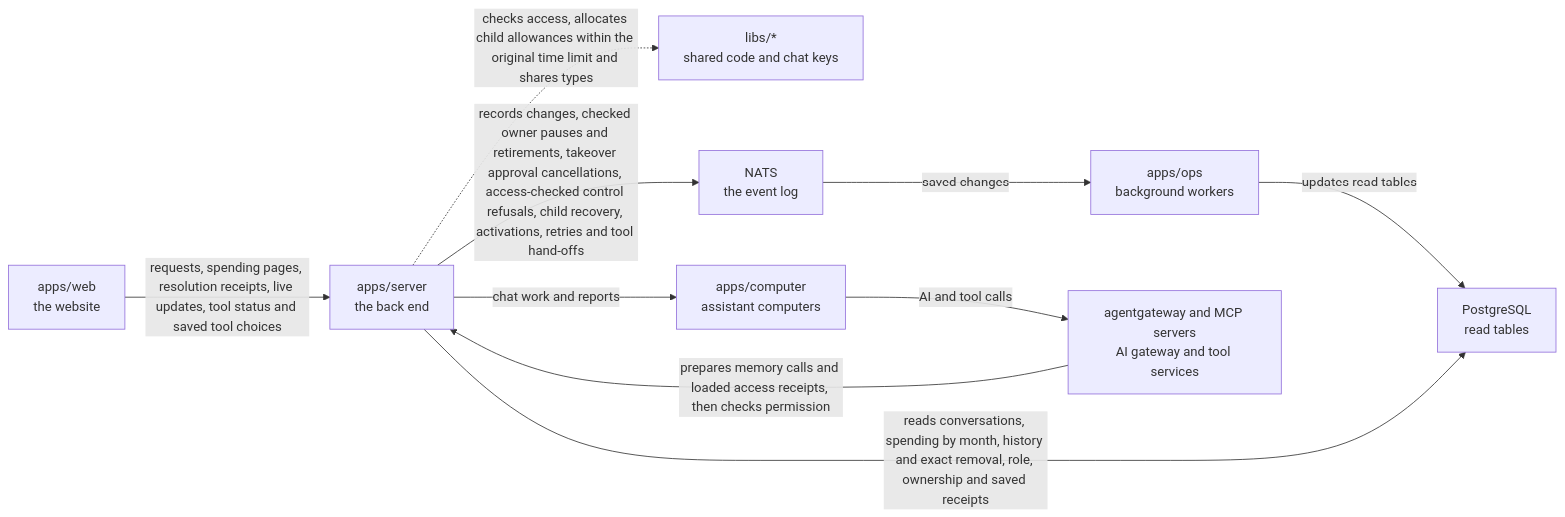
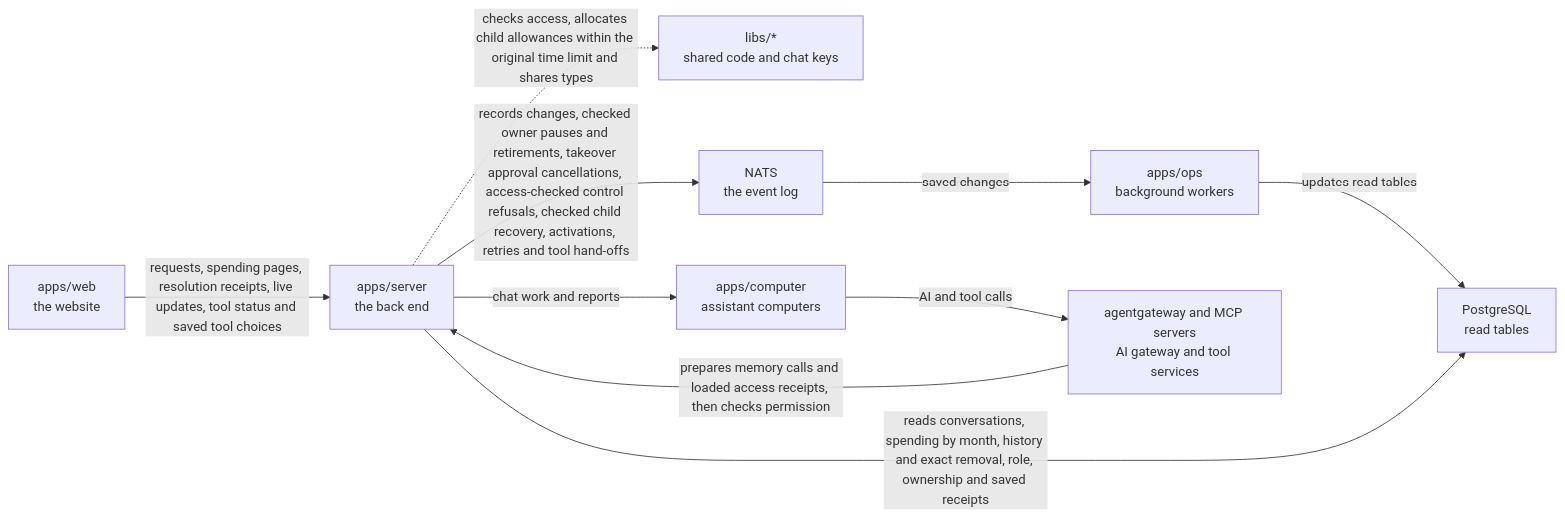
One commit to elewa-git/opencrane-new changed the diagram in apps/server/README.md. Above: the diagram before and after it, drawn with Mermaid. The commit also changed other lines of this file and 4 other files, not shown here.

````diff
--- a/apps/server/README.md
+++ b/apps/server/README.md
@@ -50,12 +50,12 @@
 ```mermaid
 flowchart LR
   web["apps/web<br/>the website"] -->|requests, spending pages, resolution receipts, live updates, tool status and saved tool choices| server["apps/server<br/>the back end"]
   server -.->|checks access, allocates child allowances within the original time limit and shares types| libs["libs/*<br/>shared code and chat keys"]
-  server -->|records changes, checked owner pauses and retirements, takeover approval cancellations, access-checked control refusals, child recovery, activations, retries and tool hand-offs| nats["NATS<br/>the event log"]
+  server -->|records changes, checked owner pauses and retirements, takeover approval cancellations, access-checked control refusals, checked child recovery, activations, retries and tool hand-offs| nats["NATS<br/>the event log"]
   nats -->|saved changes| ops["apps/ops<br/>background workers"]
   ops -->|updates read tables| postgres["PostgreSQL<br/>read tables"]
   server -->|reads conversations, spending by month, history and exact removal, role, ownership and saved receipts| postgres
   server -->|chat work and reports| computer["apps/computer<br/>assistant computers"]
   computer -->|AI and tool calls| runtime["agentgateway and MCP servers<br/>AI gateway and tool services"]
   runtime -->|prepares memory calls and loaded access receipts, then checks permission| server
 ```
````
